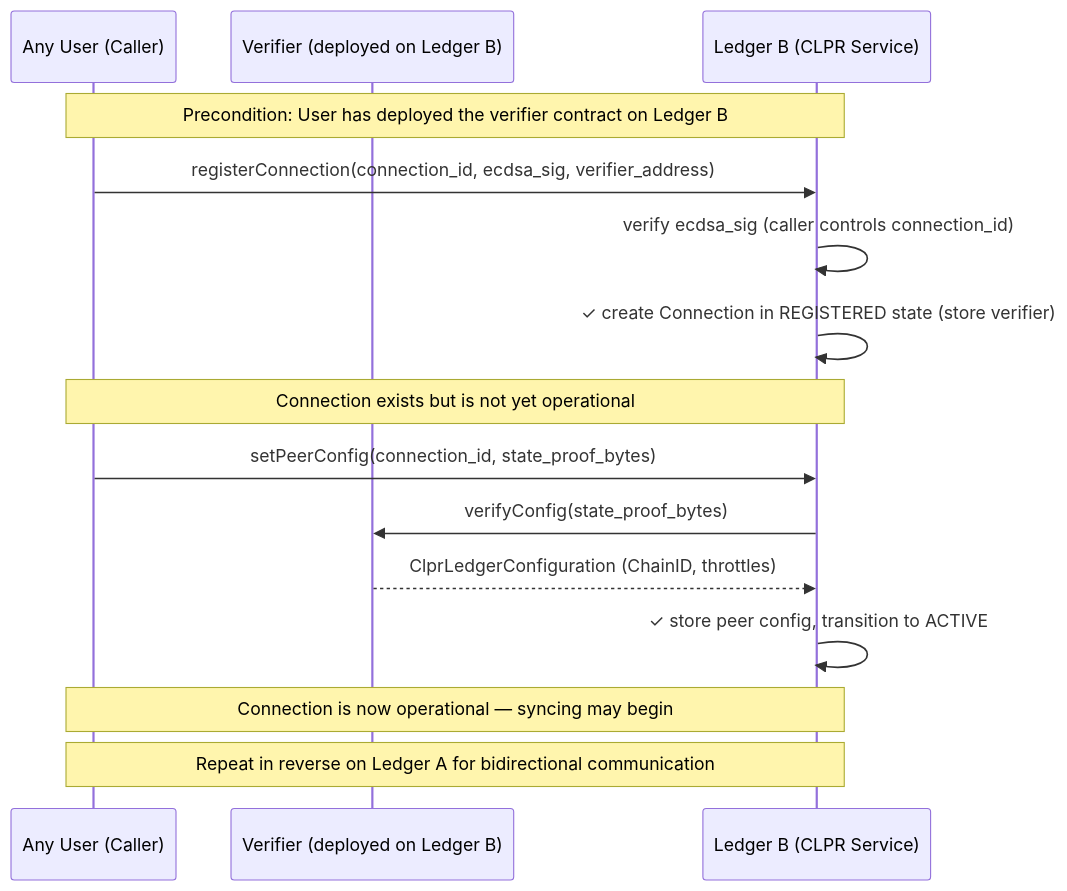
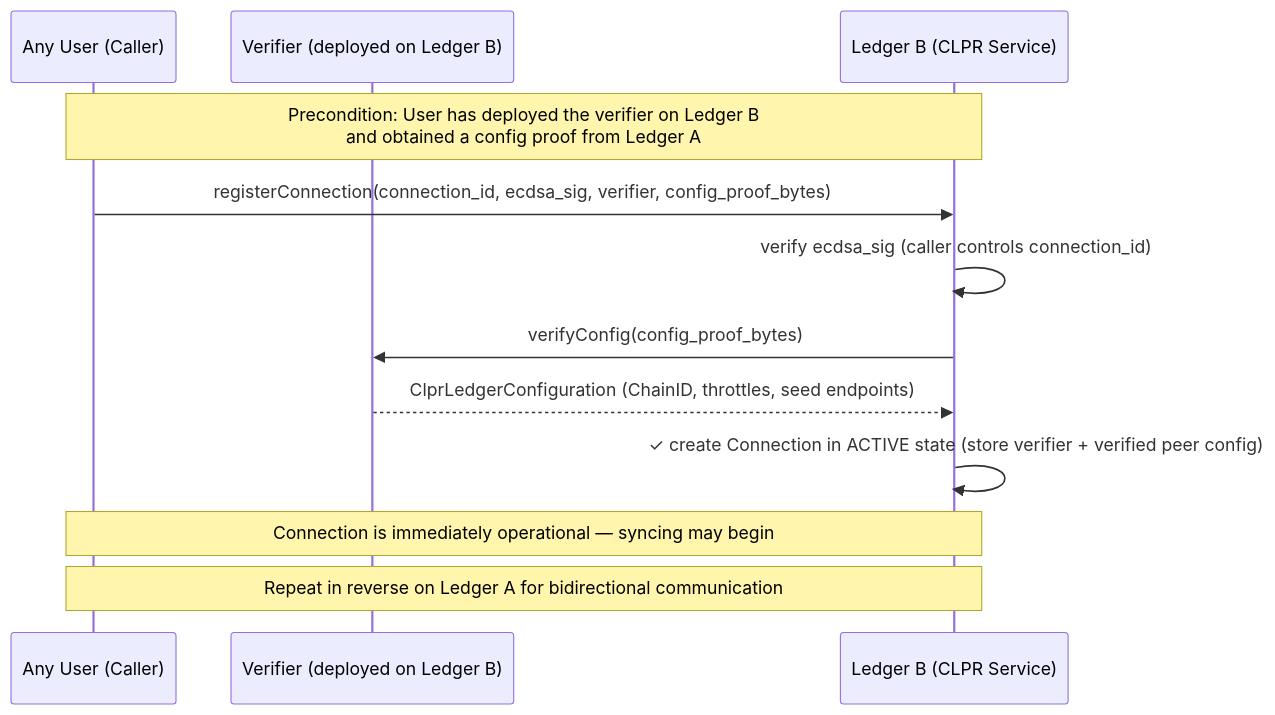
One commit to hiero-ledger/hiero-consensus-node changed the first of 4 diagrams in hedera-node/docs/design/services/clpr-service/clpr-service.md. Above: the diagram before and after it, drawn with Mermaid. The commit also changed other lines of this file, not shown here.

First line of the commit message:
docs(clpr): align design doc with cross-platform spec on connection lifecycle

````diff
--- a/hedera-node/docs/design/services/clpr-service/clpr-service.md
+++ b/hedera-node/docs/design/services/clpr-service/clpr-service.md
@@ -386,22 +386,17 @@
 ```mermaid
 sequenceDiagram
     participant User as Any User (Caller)
     participant VA as Verifier (deployed on Ledger B)
     participant LB as Ledger B (CLPR Service)
 
-    Note over User,LB: Precondition: User has deployed the verifier contract on Ledger B
+    Note over User,LB: Precondition: User has deployed the verifier on Ledger B<br/>and obtained a config proof from Ledger A
 
-    User->>LB: registerConnection(connection_id, ecdsa_sig, verifier_address)
+    User->>LB: registerConnection(connection_id, ecdsa_sig, verifier, config_proof_bytes)
     LB->>LB: verify ecdsa_sig (caller controls connection_id)
-    LB->>LB: ✓ create Connection in REGISTERED state (store verifier)
+    LB->>VA: verifyConfig(config_proof_bytes)
+    VA-->>LB: ClprLedgerConfiguration (ChainID, throttles, seed endpoints)
+    LB->>LB: ✓ create Connection in ACTIVE state (store verifier + verified peer config)
 
-    Note over User,LB: Connection exists but is not yet operational
-
-    User->>LB: setPeerConfig(connection_id, state_proof_bytes)
-    LB->>VA: verifyConfig(state_proof_bytes)
-    VA-->>LB: ClprLedgerConfiguration (ChainID, throttles)
-    LB->>LB: ✓ store peer config, transition to ACTIVE
-
-    Note over User,LB: Connection is now operational — syncing may begin
+    Note over User,LB: Connection is immediately operational — syncing may begin
     Note over User,LB: Repeat in reverse on Ledger A for bidirectional communication
 ```
````
